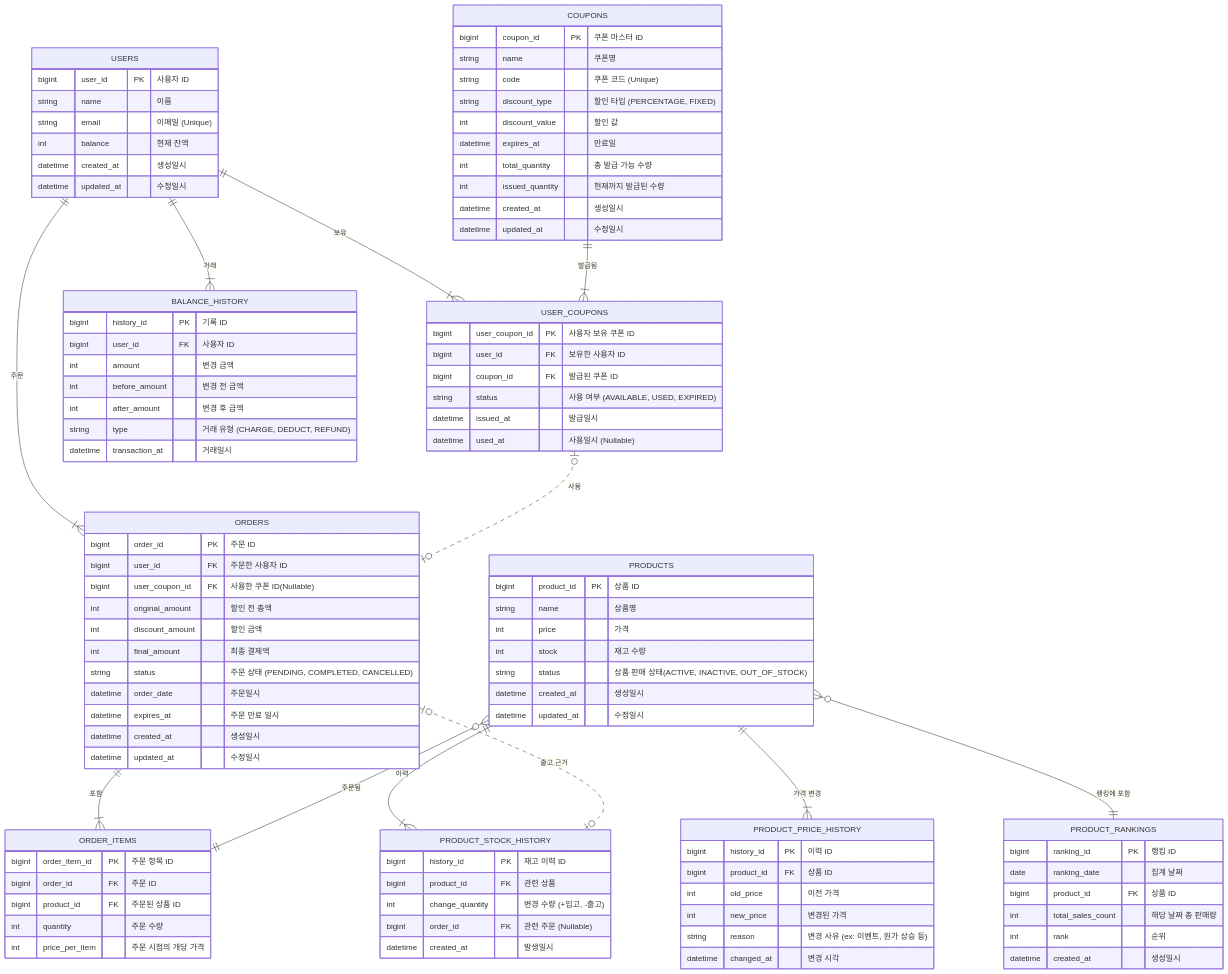
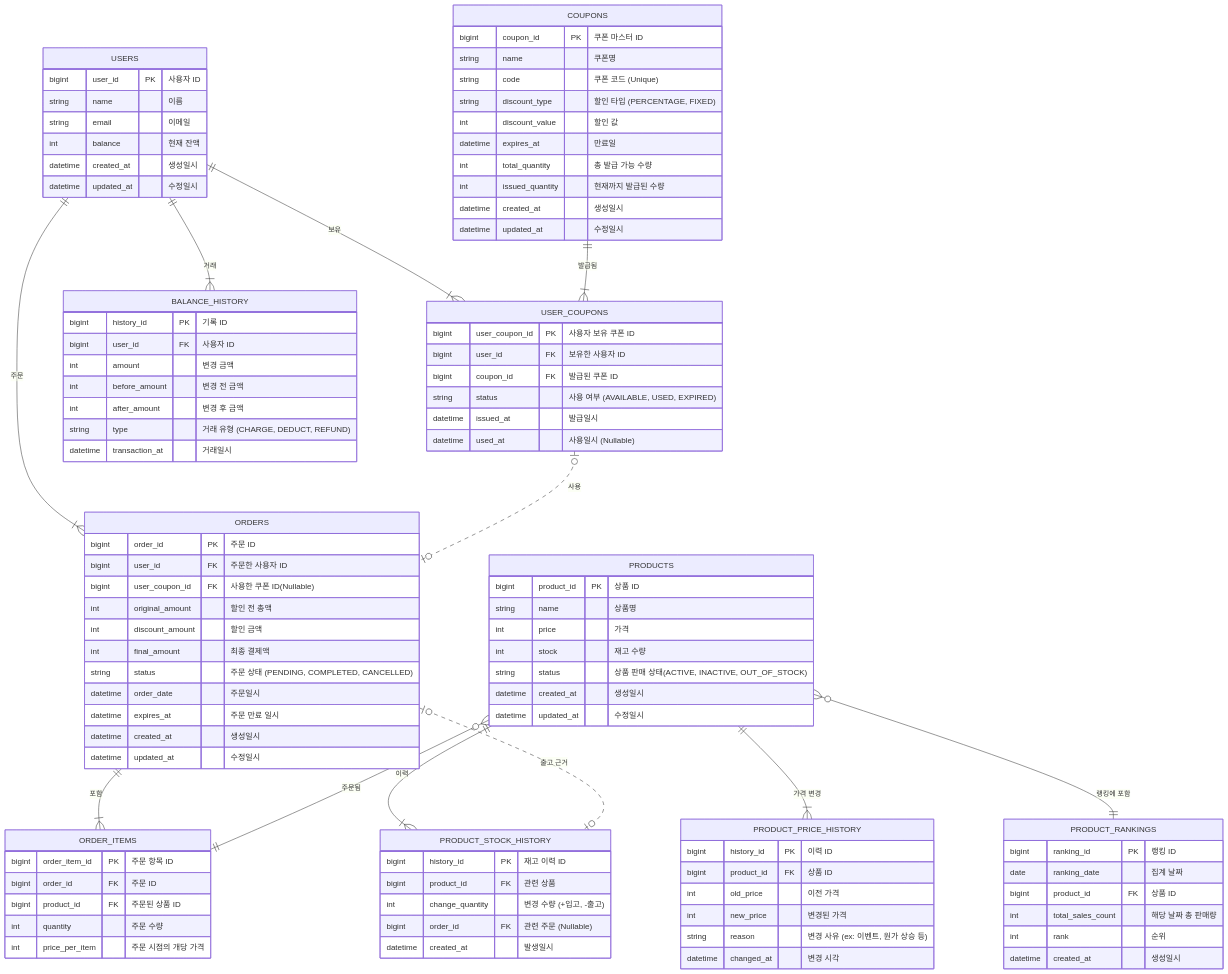
Before and after one commit to kbyunghoon/e-commerce: the diagram in docs/03_erd.md, drawn with Mermaid. The commit also changed 13 other files, not shown here.

```diff
--- a/docs/03_erd.md
+++ b/docs/03_erd.md
@@ -3,7 +3,7 @@
     USERS {
         bigint user_id PK "사용자 ID"
         string name "이름"
-        string email "이메일 (Unique)"
+        string email "이메일"
         int balance "현재 잔액"
         datetime created_at "생성일시"
         datetime updated_at "수정일시"
```
